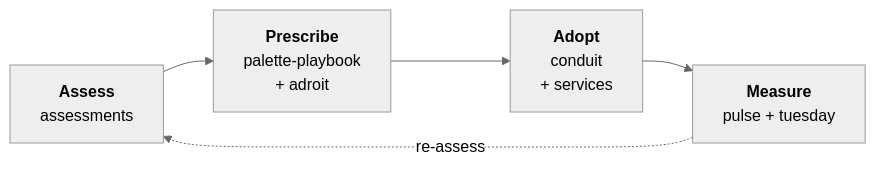
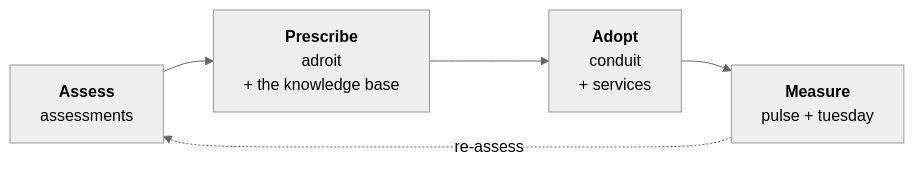
One commit to como-technologies/portfolio changed the diagram in docs/src/roadmap.md. Above: the diagram before and after it, drawn with Mermaid (neutral theme). The commit also changed other lines of this file and 17 other files, not shown here.

First line of the commit message:
docs: align the book to the knowledge base — the KB is the substrate, stated honestly

````diff
--- a/docs/src/roadmap.md
+++ b/docs/src/roadmap.md
@@ -5,7 +5,7 @@
 ```mermaid
 flowchart LR
-    A["<b>Assess</b><br/>assessments"] --> P["<b>Prescribe</b><br/>palette-playbook<br/>+ adroit"]
+    A["<b>Assess</b><br/>assessments"] --> P["<b>Prescribe</b><br/>adroit<br/>+ the knowledge base"]
     P --> D["<b>Adopt</b><br/>conduit<br/>+ services"]
     D --> M["<b>Measure</b><br/>pulse + tuesday"]
     M -.re-assess.-> A
 ```
````
